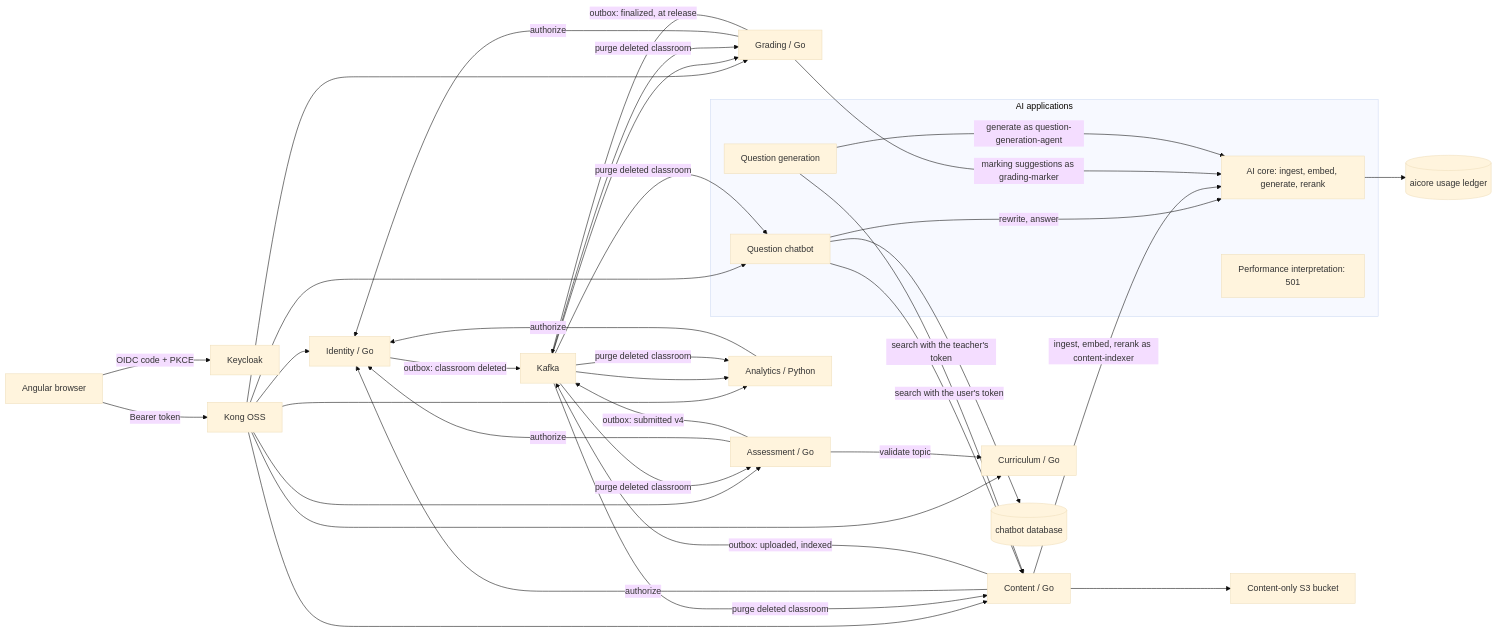
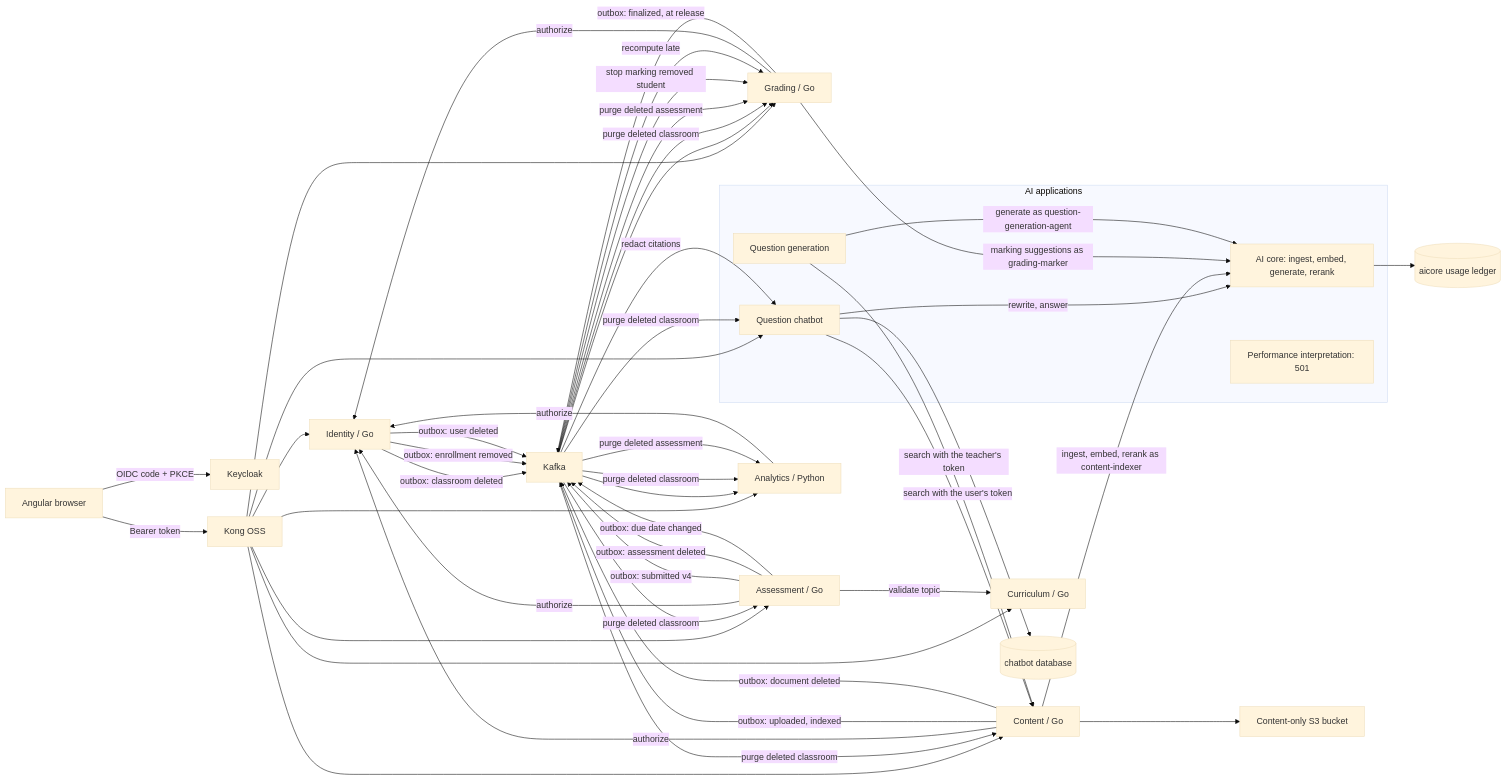
The first of 2 diagrams in docs/architecture/system.md (Naren3333/FSD_2026), drawn with Mermaid (base theme) before and after one commit. The commit also changed other lines of this file and 164 other files, not shown here.

````diff
--- a/docs/architecture/system.md
+++ b/docs/architecture/system.md
@@ -3,43 +3,53 @@
 ```mermaid
 flowchart LR
   Browser[Angular browser] -->|OIDC code + PKCE| Keycloak
   Browser -->|Bearer token| Kong[Kong OSS]
   Kong --> Identity[Identity / Go]
   Kong --> Curriculum[Curriculum / Go]
   Kong --> Content[Content / Go]
   Kong --> Assessment[Assessment / Go]
   Kong --> Grading[Grading / Go]
   Kong --> Analytics[Analytics / Python]
   Kong --> QC
   QC -->|search with the user's token| Content
   QC -->|rewrite, answer| AI
   QC --> ChatDB[(chatbot database)]
   Content --> S3[Content-only S3 bucket]
   Content -->|authorize| Identity
   Assessment -->|authorize| Identity
   Assessment -->|validate topic| Curriculum
   Grading -->|authorize| Identity
   Analytics -->|authorize| Identity
   Assessment -->|outbox: submitted v4| Kafka
   Kafka --> Grading
   Grading -->|outbox: finalized, at release| Kafka
   Kafka --> Analytics
   Content -->|outbox: uploaded, indexed| Kafka
   Identity -->|outbox: classroom deleted| Kafka
   Kafka -->|purge deleted classroom| Content
   Kafka -->|purge deleted classroom| Assessment
   Kafka -->|purge deleted classroom| Grading
   Kafka -->|purge deleted classroom| Analytics
   Kafka -->|purge deleted classroom| QC
+  Assessment -->|outbox: assessment deleted| Kafka
+  Kafka -->|purge deleted assessment| Grading
+  Kafka -->|purge deleted assessment| Analytics
+  Identity -->|outbox: enrollment removed| Kafka
+  Identity -->|outbox: user deleted| Kafka
+  Kafka -->|stop marking removed student| Grading
+  Assessment -->|outbox: due date changed| Kafka
+  Kafka -->|recompute late| Grading
+  Content -->|outbox: document deleted| Kafka
+  Kafka -->|redact citations| QC
   AI --> AIDB[(aicore usage ledger)]
   Content -->|ingest, embed, rerank as content-indexer| AI
   Grading -->|marking suggestions as grading-marker| AI
   QG -->|generate as question-generation-agent| AI
   QG -->|search with the teacher's token| Content
   subgraph AI applications
     AI[AI core: ingest, embed, generate, rerank]
     QG[Question generation]
     SP[Performance interpretation: 501]
     QC[Question chatbot]
   end
 ```
````
